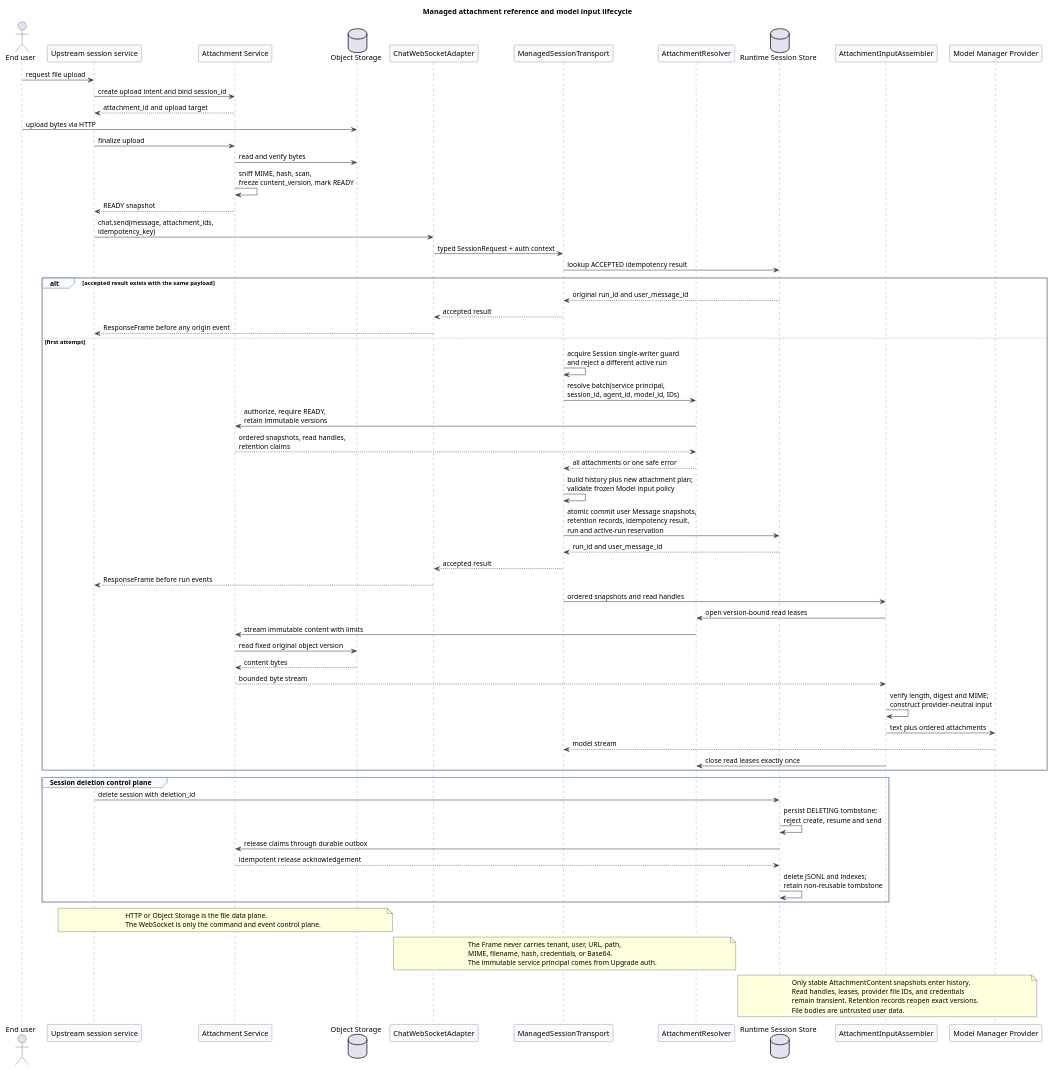
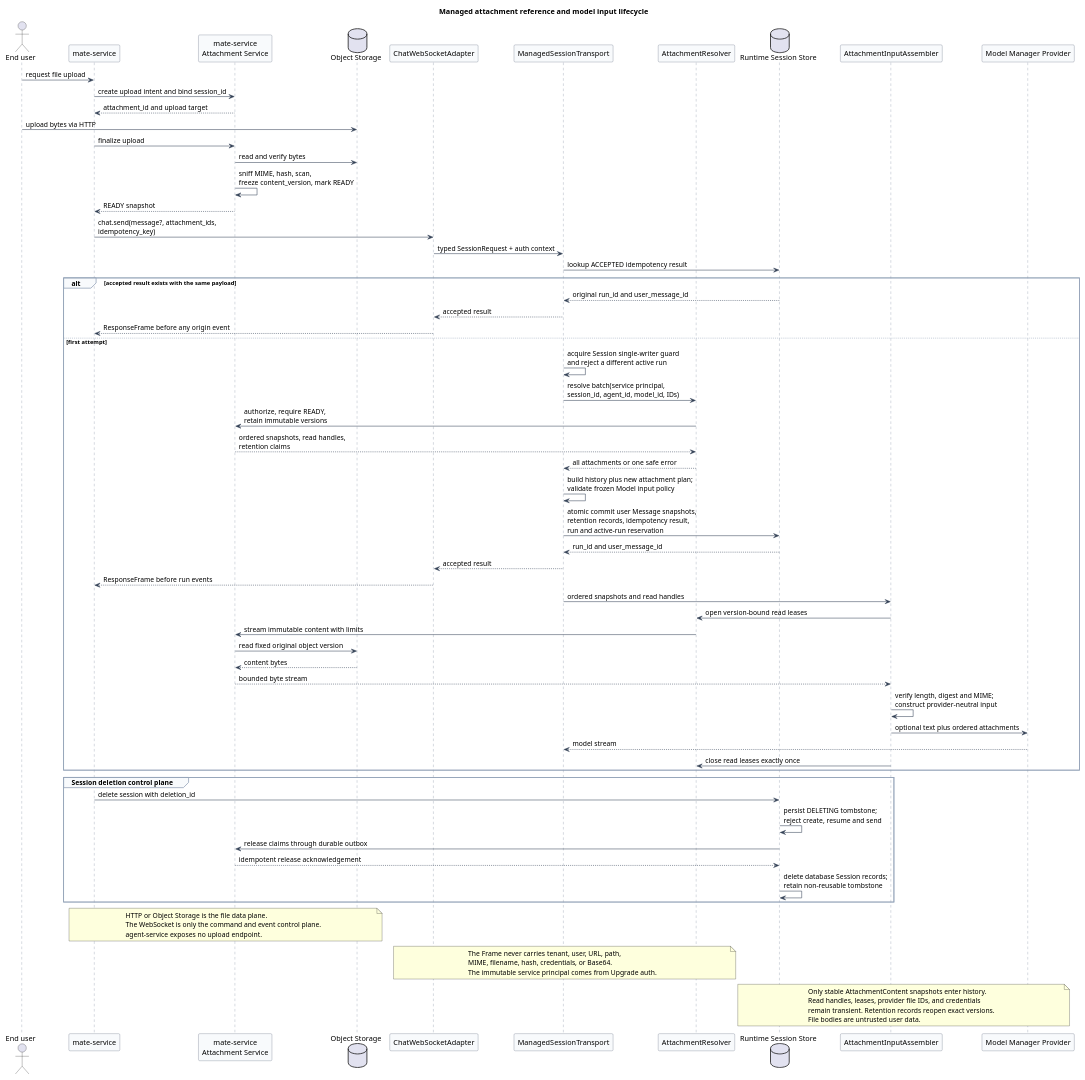
Before and after one commit to superheromeZzh/pi-mono-java-design: the eighth of 8 diagrams in pi-mono-java-manager-driven-multi-agent-runtime/diagram.puml, drawn with PlantUML. The commit also changed other lines of this file and 27 other files, not shown here.

Commit message:
docs(agent): unify CampusAgent WebSocket v2 design

```diff
--- a/pi-mono-java-manager-driven-multi-agent-runtime/diagram.puml
+++ b/pi-mono-java-manager-driven-multi-agent-runtime/diagram.puml
@@ -653,109 +710,110 @@
 @startuml managed_attachment_reference_lifecycle
 title Managed attachment reference and model input lifecycle
 
 ' Source evidence (pi-mono fc85bdd88be93b1e9a6b6bcfa41c684282ec79cc):
 ' packages/agent/src/agent.ts, prompt(), lines 336-395
 ' packages/ai/src/types.ts, ImageContent, lines 345-349
 ' Source evidence (pi-mono-java 1f7a5423219edfa4519d8719f1cc8a188ed72873):
 ' modules/ai/src/main/java/com/campusclaw/ai/types/UserMessage.java, lines 20-31
 ' modules/ai/src/main/java/com/campusclaw/ai/types/ContentBlock.java, lines 17-24
 ' modules/ai/src/main/java/com/campusclaw/ai/types/ImageContent.java, lines 9-18
 ' docs/plans/ws-chat-followups.md, lines 12-37
 ' Observed behavior: both baselines can carry inline image content but do not
 ' define generic attachment references, immutable read handles, or retention claims.
-' Target design: attachment upload and authority stay outside Runtime; WebSocket
+' Target design: mate-service owns attachment upload and authority; WebSocket
 ' carries opaque IDs and Runtime accepts only an all-or-nothing immutable batch.
 ' Design reason: keep large-object transfer off the Chat control plane, prevent
 ' client metadata forgery and TOCTOU, and preserve reproducible Session history.
 
 skinparam backgroundColor #FFFFFF
 skinparam shadowing false
 skinparam defaultFontName Arial
 skinparam sequence {
   ArrowColor #334155
   LifeLineBorderColor #64748B
   LifeLineBackgroundColor #F8FAFC
   ParticipantBorderColor #475569
   ParticipantBackgroundColor #F8FAFC
   GroupBorderColor #94A3B8
   GroupBackgroundColor #F8FAFC
 }
 
 actor "End user" as User
-participant "Upstream session service" as Upstream
-participant "Attachment Service" as Attach
+participant "mate-service" as Upstream
+participant "mate-service\nAttachment Service" as Attach
 database "Object Storage" as ObjectStore
 participant "ChatWebSocketAdapter" as WS
 participant "ManagedSessionTransport" as Transport
 participant "AttachmentResolver" as Resolver
 database "Runtime Session Store" as Store
 participant "AttachmentInputAssembler" as Assembler
 participant "Model Manager Provider" as Model
 
 User -> Upstream : request file upload
 Upstream -> Attach : create upload intent and bind session_id
 Attach --> Upstream : attachment_id and upload target
 User -> ObjectStore : upload bytes via HTTP
 Upstream -> Attach : finalize upload
 Attach -> ObjectStore : read and verify bytes
 Attach -> Attach : sniff MIME, hash, scan,\nfreeze content_version, mark READY
 Attach --> Upstream : READY snapshot
 
-Upstream -> WS : chat.send(message, attachment_ids,\nidempotency_key)
+Upstream -> WS : chat.send(message?, attachment_ids,\nidempotency_key)
 WS -> Transport : typed SessionRequest + auth context
 Transport -> Store : lookup ACCEPTED idempotency result
 
 alt accepted result exists with the same payload
   Store --> Transport : original run_id and user_message_id
   Transport --> WS : accepted result
   WS --> Upstream : ResponseFrame before any origin event
 else first attempt
   Transport -> Transport : acquire Session single-writer guard\nand reject a different active run
   Transport -> Resolver : resolve batch(service principal,\nsession_id, agent_id, model_id, IDs)
   Resolver -> Attach : authorize, require READY,\nretain immutable versions
   Attach --> Resolver : ordered snapshots, read handles,\nretention claims
   Resolver --> Transport : all attachments or one safe error
   Transport -> Transport : build history plus new attachment plan;\nvalidate frozen Model input policy
   Transport -> Store : atomic commit user Message snapshots,\nretention records, idempotency result,\nrun and active-run reservation
   Store --> Transport : run_id and user_message_id
   Transport --> WS : accepted result
   WS --> Upstream : ResponseFrame before run events
 
   Transport -> Assembler : ordered snapshots and read handles
   Assembler -> Resolver : open version-bound read leases
   Resolver -> Attach : stream immutable content with limits
   Attach -> ObjectStore : read fixed original object version
   ObjectStore --> Attach : content bytes
   Attach --> Assembler : bounded byte stream
   Assembler -> Assembler : verify length, digest and MIME;\nconstruct provider-neutral input
-  Assembler -> Model : text plus ordered attachments
+  Assembler -> Model : optional text plus ordered attachments
   Model --> Transport : model stream
   Assembler -> Resolver : close read leases exactly once
 end
 
 group Session deletion control plane
   Upstream -> Store : delete session with deletion_id
   Store -> Store : persist DELETING tombstone;\nreject create, resume and send
   Store -> Attach : release claims through durable outbox
   Attach --> Store : idempotent release acknowledgement
-  Store -> Store : delete JSONL and indexes;\nretain non-reusable tombstone
+  Store -> Store : delete database Session records;\nretain non-reusable tombstone
 end
 
 note over Upstream,ObjectStore
 HTTP or Object Storage is the file data plane.
 The WebSocket is only the command and event control plane.
+agent-service exposes no upload endpoint.
 end note
 
 note over WS,Resolver
 The Frame never carries tenant, user, URL, path,
 MIME, filename, hash, credentials, or Base64.
 The immutable service principal comes from Upgrade auth.
 end note
 
 note over Store,Model
 Only stable AttachmentContent snapshots enter history.
 Read handles, leases, provider file IDs, and credentials
 remain transient. Retention records reopen exact versions.
 File bodies are untrusted user data.
 end note
 @enduml
```
